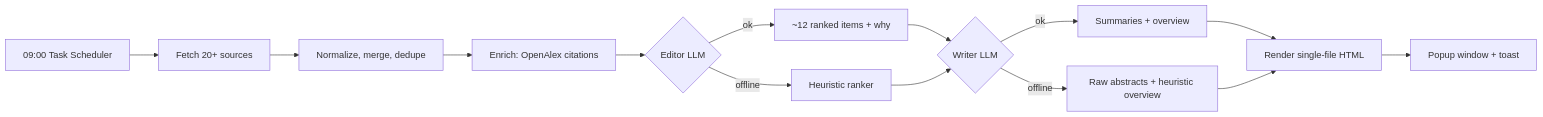
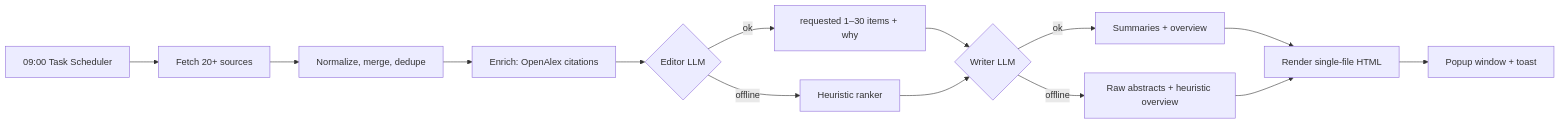
The diagram in README.md (LePhuQuy05/daily-digest), drawn with Mermaid before and after one commit. The commit also changed other lines of this file and 7 other files, not shown here.

````diff
--- a/README.md
+++ b/README.md
@@ -63,16 +63,16 @@
 ```mermaid
 flowchart LR
     A[09:00 Task Scheduler] --> B[Fetch 20+ sources]
     B --> C[Normalize, merge, dedupe]
     C --> D[Enrich: OpenAlex citations]
     D --> E{Editor LLM}
-    E -->|ok| F[~12 ranked items + why]
+    E -->|ok| F[requested 1–30 items + why]
     E -->|offline| G[Heuristic ranker]
     F --> H{Writer LLM}
     G --> H
     H -->|ok| I[Summaries + overview]
     H -->|offline| J[Raw abstracts + heuristic overview]
     I --> K[Render single-file HTML]
     J --> K
     K --> L[Popup window + toast]
 ```
````
